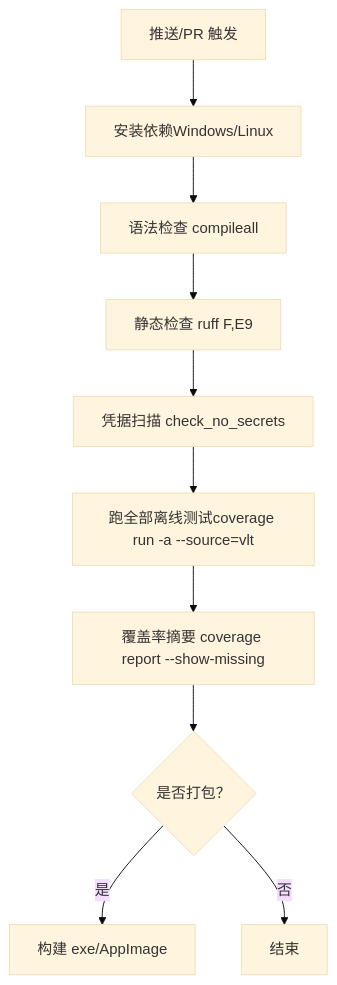
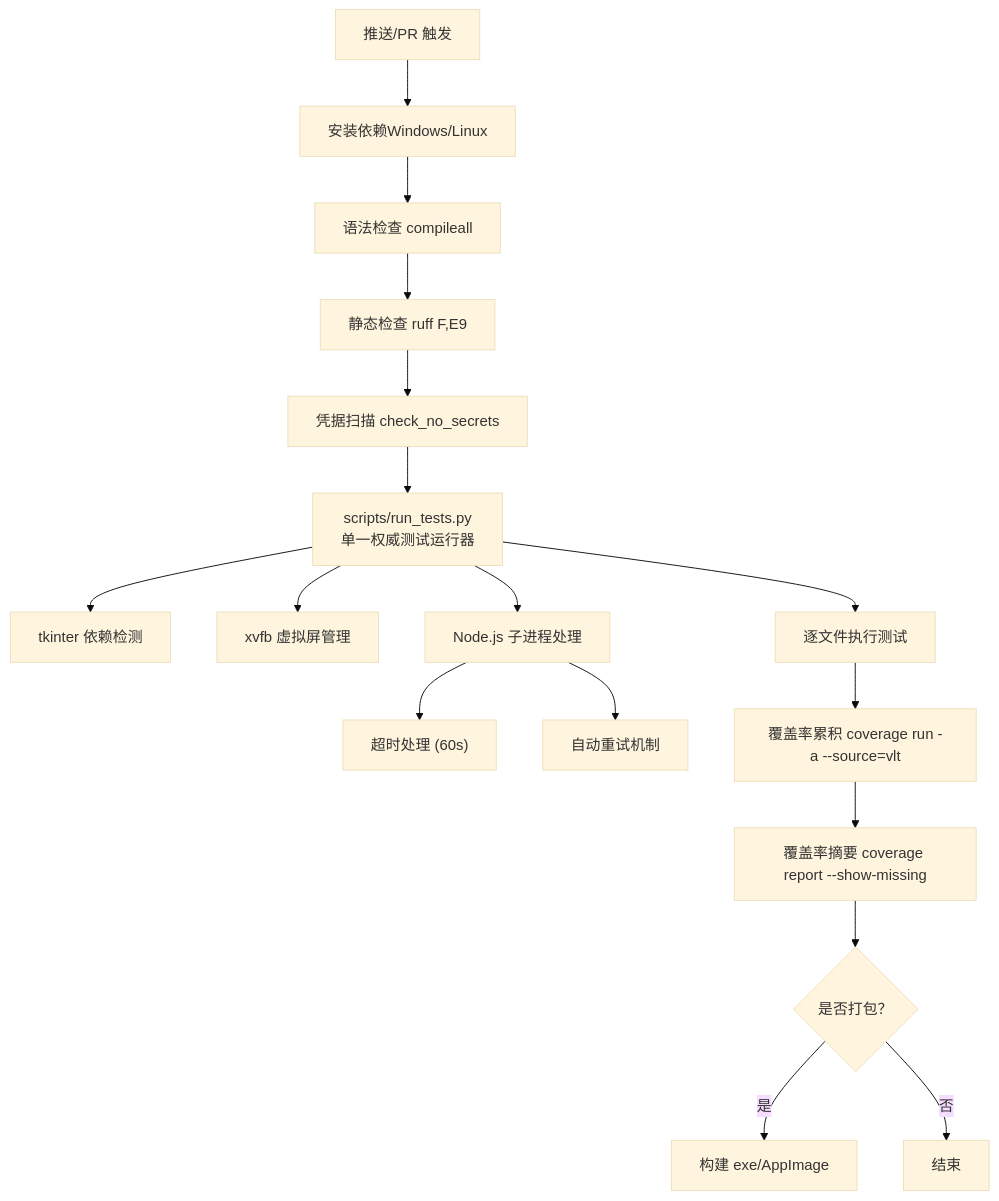
One commit to EMeowAGENT/vrchat-livetranslate changed the second of 17 diagrams in .qoder/repowiki/zh/content/测试框架.md. Above: the diagram before and after it, drawn with Mermaid (base theme). The commit also changed other lines of this file and 75 other files, not shown here.

````diff
--- a/.qoder/repowiki/zh/content/测试框架.md
+++ b/.qoder/repowiki/zh/content/测试框架.md
@@ -123,12 +188,19 @@
 ```mermaid
 flowchart TD
 A["推送/PR 触发"] --> B["安装依赖Windows/Linux"]
 B --> C["语法检查 compileall"]
 C --> D["静态检查 ruff F,E9"]
 D --> E["凭据扫描 check_no_secrets"]
-E --> F["跑全部离线测试coverage run -a --source=vlt"]
-F --> G["覆盖率摘要 coverage report --show-missing"]
-G --> H{"是否打包？"}
-H --> |是| I["构建 exe/AppImage"]
-H --> |否| J["结束"]
+E --> F["scripts/run_tests.py<br/>单一权威测试运行器"]
+F --> G["tkinter 依赖检测"]
+F --> H["xvfb 虚拟屏管理"]
+F --> I["Node.js 子进程处理"]
+I --> J["超时处理 (60s)"]
+I --> K["自动重试机制"]
+F --> L["逐文件执行测试"]
+L --> M["覆盖率累积 coverage run -a --source=vlt"]
+M --> N["覆盖率摘要 coverage report --show-missing"]
+N --> O{"是否打包？"}
+O --> |是| P["构建 exe/AppImage"]
+O --> |否| Q["结束"]
 ```
````
